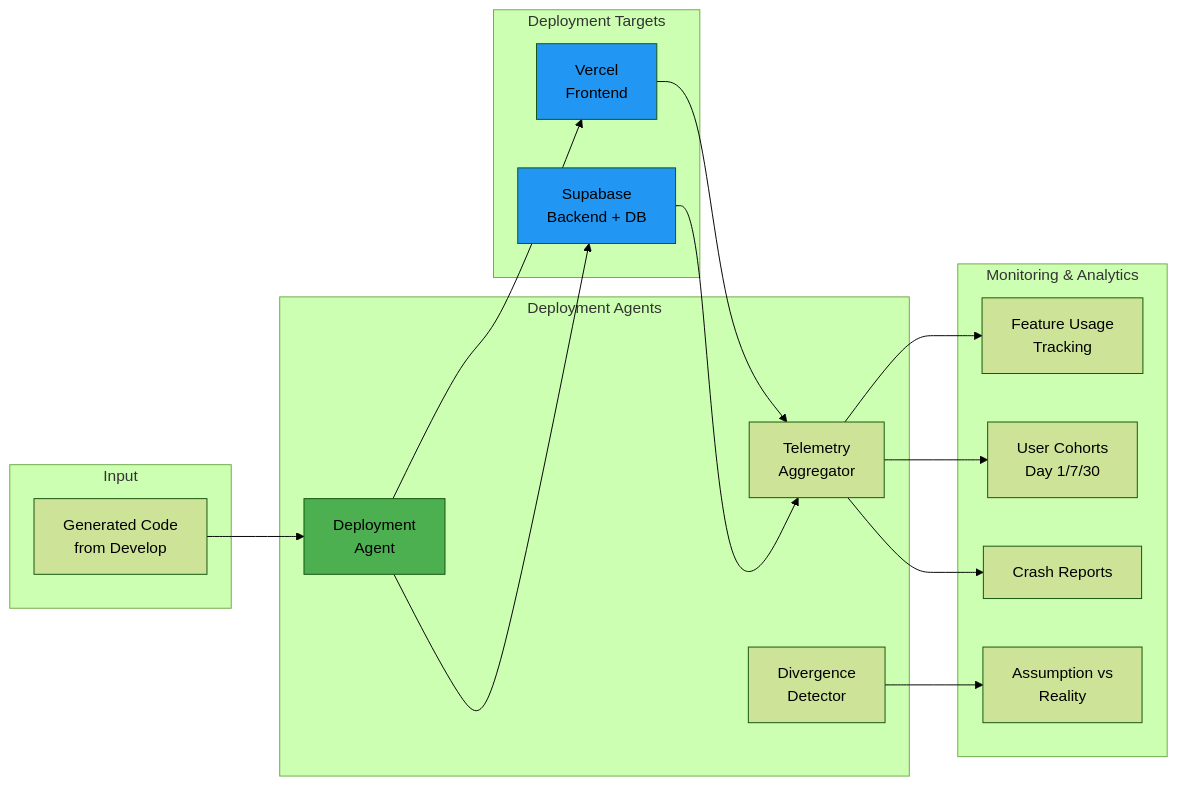
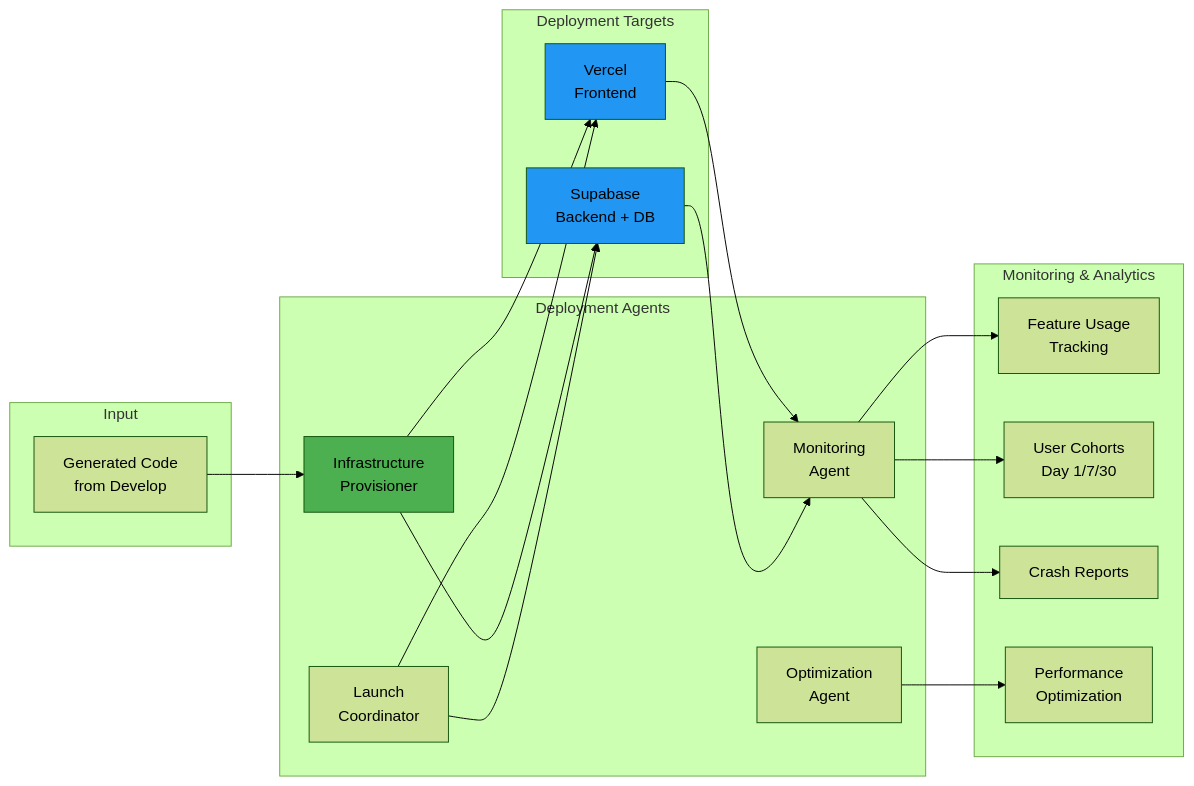
Before and after one commit to zaidmatargit/AugentisLabsSpecsReformed: the sixth of 22 diagrams in Architecture.md, drawn with Mermaid (forest theme). The commit also changed other lines of this file and 13 other files, not shown here.

````diff
--- a/Architecture.md
+++ b/Architecture.md
@@ -274,39 +274,42 @@
 ```mermaid
 graph LR
     subgraph "Input"
         INPUT["Generated Code<br/>from Develop"]
     end
 
     subgraph "Deployment Agents"
-        A1["Deployment<br/>Agent"]
-        A2["Telemetry<br/>Aggregator"]
-        A3["Divergence<br/>Detector"]
+        A1["Infrastructure<br/>Provisioner"]
+        A2["Monitoring<br/>Agent"]
+        A3["Optimization<br/>Agent"]
+        A4["Launch<br/>Coordinator"]
     end
 
     subgraph "Deployment Targets"
         TARGET1["Vercel<br/>Frontend"]
         TARGET2["Supabase<br/>Backend + DB"]
     end
 
     subgraph "Monitoring & Analytics"
         MON1["Feature Usage<br/>Tracking"]
         MON2["User Cohorts<br/>Day 1/7/30"]
         MON3["Crash Reports"]
-        MON4["Assumption vs<br/>Reality"]
+        MON4["Performance<br/>Optimization"]
     end
 
     INPUT --> A1
     A1 --> TARGET1
     A1 --> TARGET2
 
     TARGET1 --> A2
     TARGET2 --> A2
     A2 --> MON1
     A2 --> MON2
     A2 --> MON3
     A3 --> MON4
+    A4 --> TARGET1
+    A4 --> TARGET2
 
     style A1 fill:#4caf50
     style TARGET1 fill:#2196f3
     style TARGET2 fill:#2196f3
 ```
````
